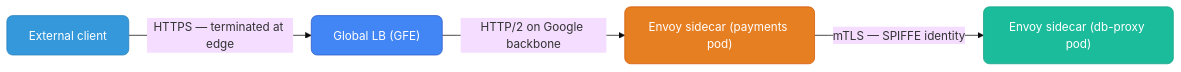
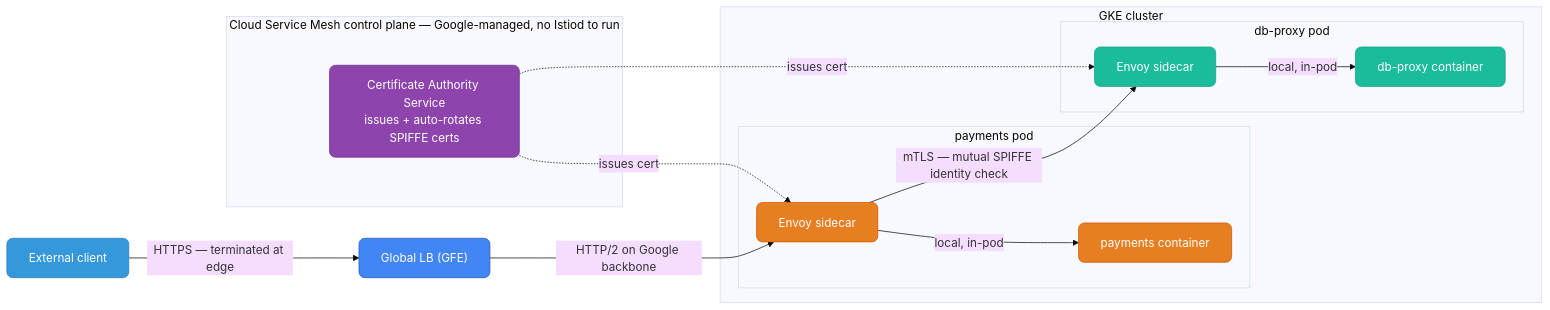
One commit to deepanshu-rawat6/DevOpsIndex changed the sixth of 6 diagrams in gcp/services-overview.md. Above: the diagram before and after it, drawn with Mermaid (base theme). The commit also changed other lines of this file and 14 other files, not shown here.

````diff
--- a/gcp/services-overview.md
+++ b/gcp/services-overview.md
@@ -378,11 +493,32 @@
 ```mermaid
 graph LR
     classDef blue fill:#3498db,stroke:#2980b9,color:#fff,rx:8
     classDef orange fill:#e67e22,stroke:#d35400,color:#fff,rx:8
     classDef teal fill:#1abc9c,stroke:#16a085,color:#fff,rx:8
     classDef gcp fill:#4285f4,stroke:#2a56c6,color:#fff,rx:8
+    classDef purple fill:#8e44ad,stroke:#6c3483,color:#fff,rx:8
 
     CLIENT["External client"]:::blue -->|"HTTPS — terminated at edge"| GLB["Global LB (GFE)"]:::gcp
-    GLB -->|"HTTP/2 on Google backbone"| SIDECAR_A["Envoy sidecar (payments pod)"]:::orange
-    SIDECAR_A -->|"mTLS — SPIFFE identity"| SIDECAR_B["Envoy sidecar (db-proxy pod)"]:::teal
+
+    subgraph CP["Cloud Service Mesh control plane — Google-managed, no Istiod to run"]
+        CAS["Certificate Authority Service<br/>issues + auto-rotates SPIFFE certs"]:::purple
+    end
+
+    subgraph CLUSTER["GKE cluster"]
+        subgraph PODA["payments pod"]
+            APPA["payments container"]:::orange
+            SIDECAR_A["Envoy sidecar"]:::orange
+        end
+        subgraph PODB["db-proxy pod"]
+            APPB["db-proxy container"]:::teal
+            SIDECAR_B["Envoy sidecar"]:::teal
+        end
+    end
+
+    GLB -->|"HTTP/2 on Google backbone"| SIDECAR_A
+    SIDECAR_A -->|"local, in-pod"| APPA
+    SIDECAR_A -->|"mTLS — mutual SPIFFE identity check"| SIDECAR_B
+    SIDECAR_B -->|"local, in-pod"| APPB
+    CAS -.->|"issues cert"| SIDECAR_A
+    CAS -.->|"issues cert"| SIDECAR_B
 ```
````
